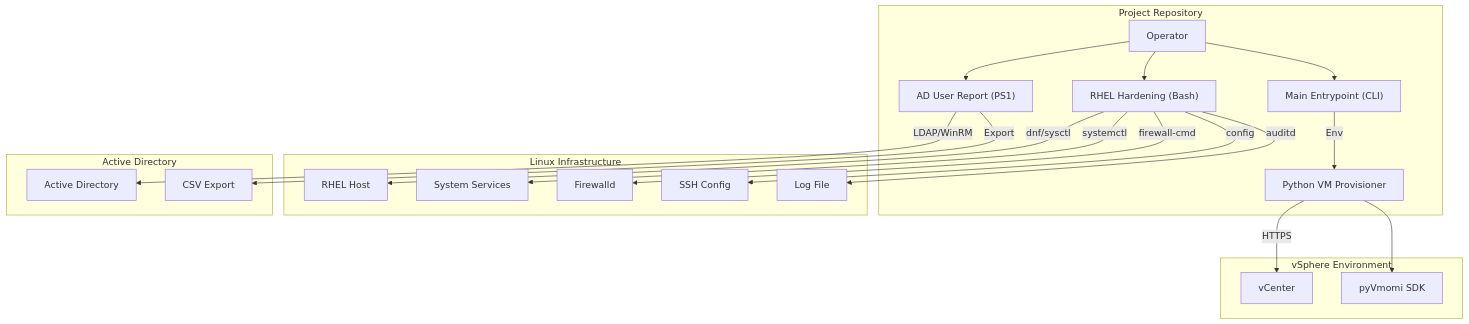
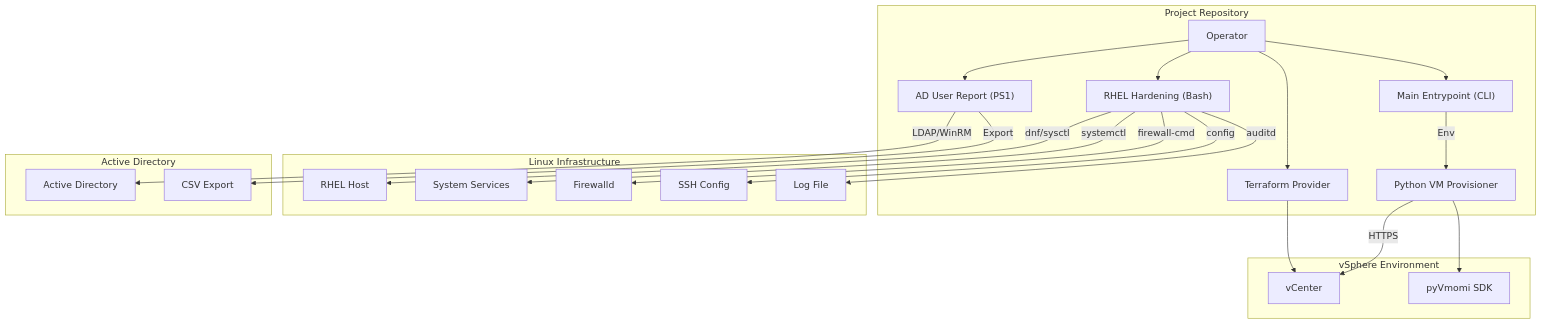
Before and after one commit to sumanthlagadapati/vmware-ad-rhel-automation: the diagram in README.md, drawn with Mermaid. The commit also changed other lines of this file and 5 other files, not shown here.

````diff
--- a/README.md
+++ b/README.md
@@ -19,45 +19,48 @@
 ```mermaid
 graph TD
     subgraph Repo ["Project Repository"]
         Op["Operator"]
         Bash["RHEL Hardening (Bash)"]
         PS1["AD User Report (PS1)"]
         CLI["Main Entrypoint (CLI)"]
         Python["Python VM Provisioner"]
+        Terraform["Terraform Provider"]
     end
 
     subgraph Linux ["Linux Infrastructure"]
         Host["RHEL Host"]
         Services["System Services"]
         FW["Firewalld"]
         SSH["SSH Config"]
         Logs["Log File"]
     end
 
     subgraph Windows ["Active Directory"]
         AD["Active Directory"]
         CSV["CSV Export"]
     end
 
     subgraph VMware ["vSphere Environment"]
         VC["vCenter"]
         SDK["pyVmomi SDK"]
     end
 
     Op --> Bash
     Op --> PS1
     Op --> CLI
+    Op --> Terraform
 
     Bash -->|dnf/sysctl| Host
     Bash -->|systemctl| Services
     Bash -->|firewall-cmd| FW
     Bash -->|config| SSH
     Bash -->|auditd| Logs
 
     PS1 -->|LDAP/WinRM| AD
     PS1 -->|Export| CSV
 
     CLI -->|Env| Python
     Python -->|HTTPS| VC
     Python --> SDK
+    Terraform --> VC
 ```
````
